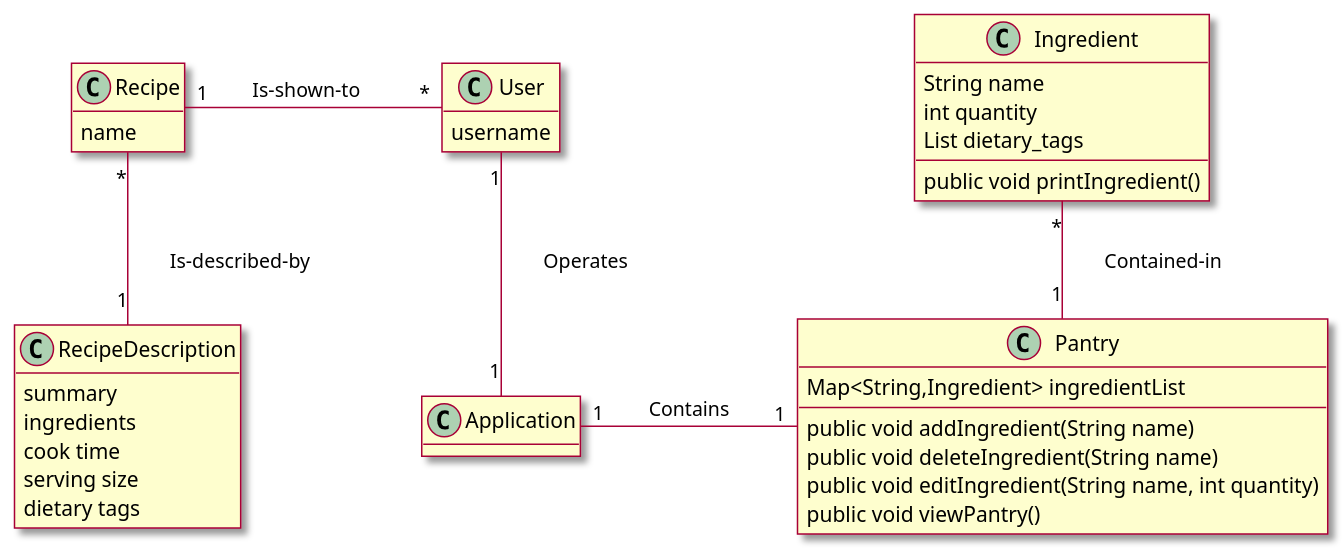
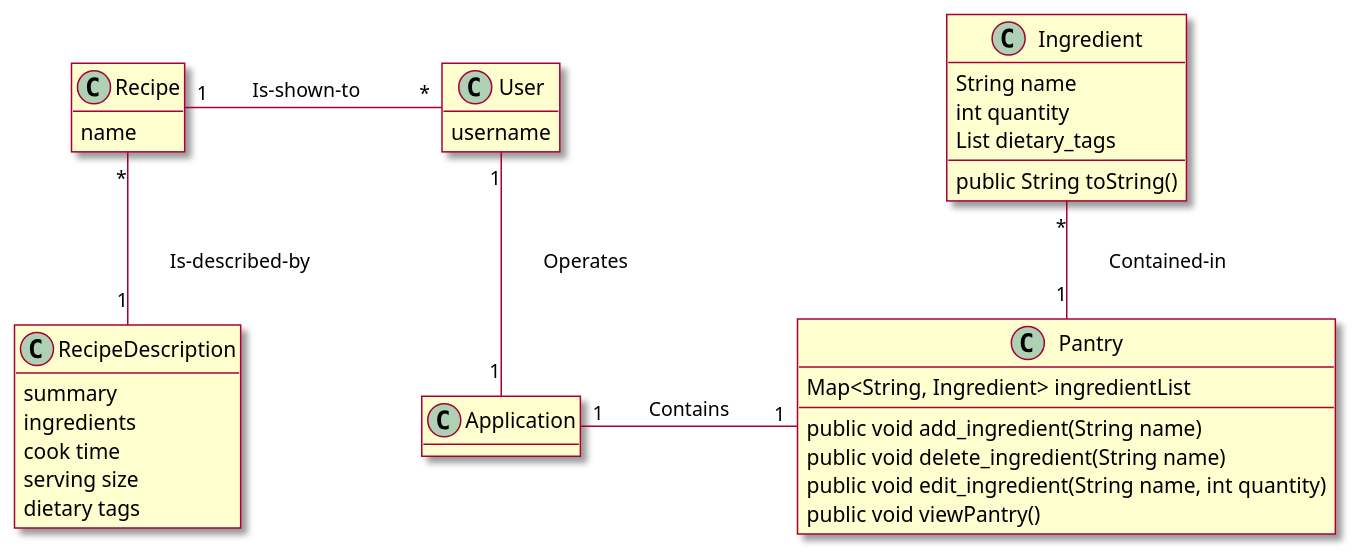
The diagram in intellij/doc/class_diagram.md (berthashipper/Pantry-Pal-Android-Application), drawn with PlantUML before and after one commit. The commit also changed 7 other files, not shown here.

````diff
--- a/intellij/doc/class_diagram.md
+++ b/intellij/doc/class_diagram.md
@@ -1,59 +1,59 @@
 ```plantuml
 @startuml
 
 skin rose
 
 hide empty methods
 ' classes
 
 class Pantry{
- Map<String,Ingredient> ingredientList
+ Map<String, Ingredient> ingredientList
  --
- public void addIngredient(String name)
- public void deleteIngredient(String name)
- public void editIngredient(String name, int quantity)
+ public void add_ingredient(String name)
+ public void delete_ingredient(String name)
+ public void edit_ingredient(String name, int quantity)
  public void viewPantry()
 }
 
 class Recipe{
  name
 }
 
 class RecipeDescription{
  summary
  ingredients
  cook time
  serving size
  dietary tags
 }
 
 class Ingredient{
  String name
  int quantity
  List dietary_tags
  __
- public void printIngredient()
+ public String toString()
 }
 
 
 class Application{
 
 }
 
 class User{
  username
 }
 
 
 ' associations
  User "1" -down- "1" Application : \tOperates\t\t
 Application "1" -right- "1" Pantry : \tContains\t\t
 Pantry "1" -up- "*" Ingredient : \tContained-in\t\t
 Recipe "*" -down- "1" RecipeDescription : \tIs-described-by\t\t
 User "*" -left- "1" Recipe : \tIs-shown-to\t\t
 
 
 
 
 @enduml
 ```
````
